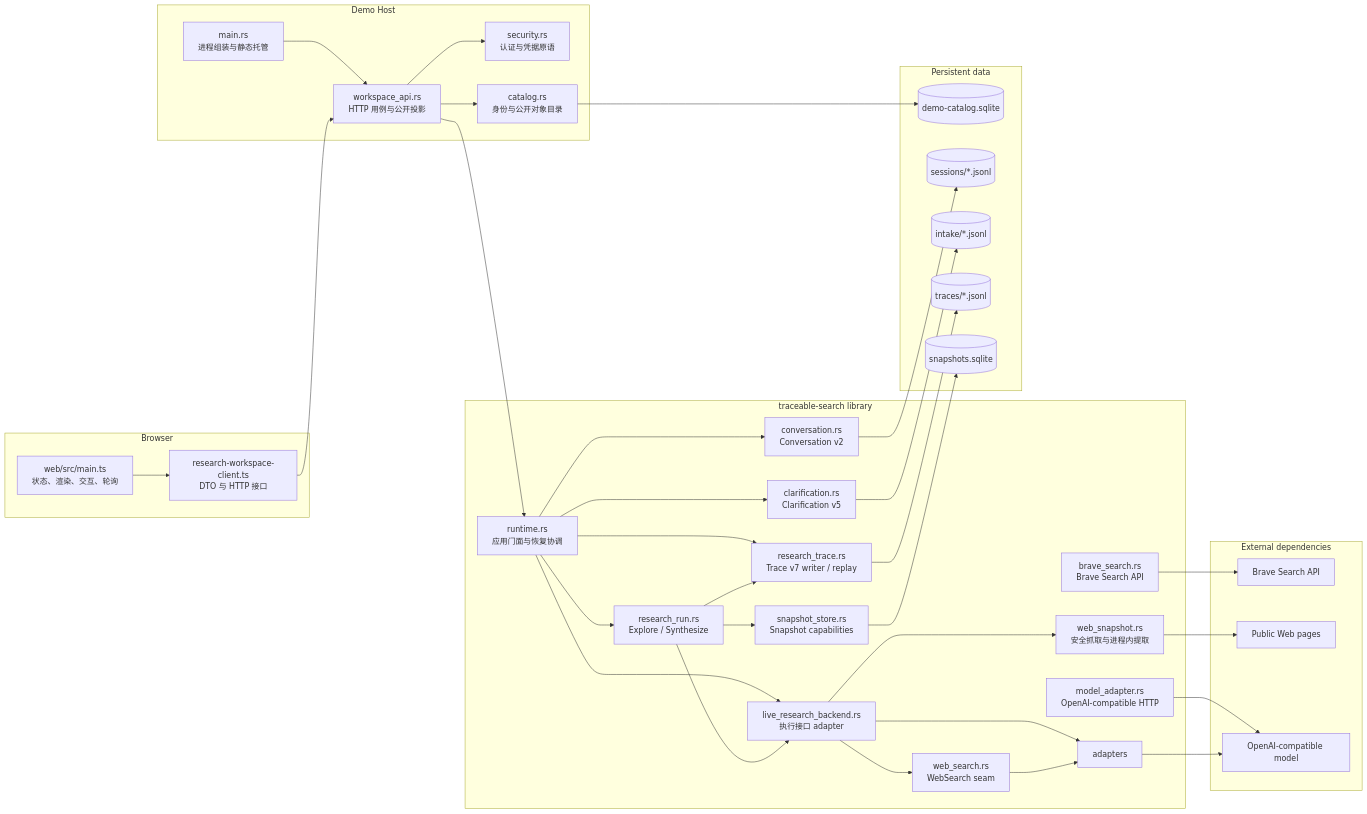
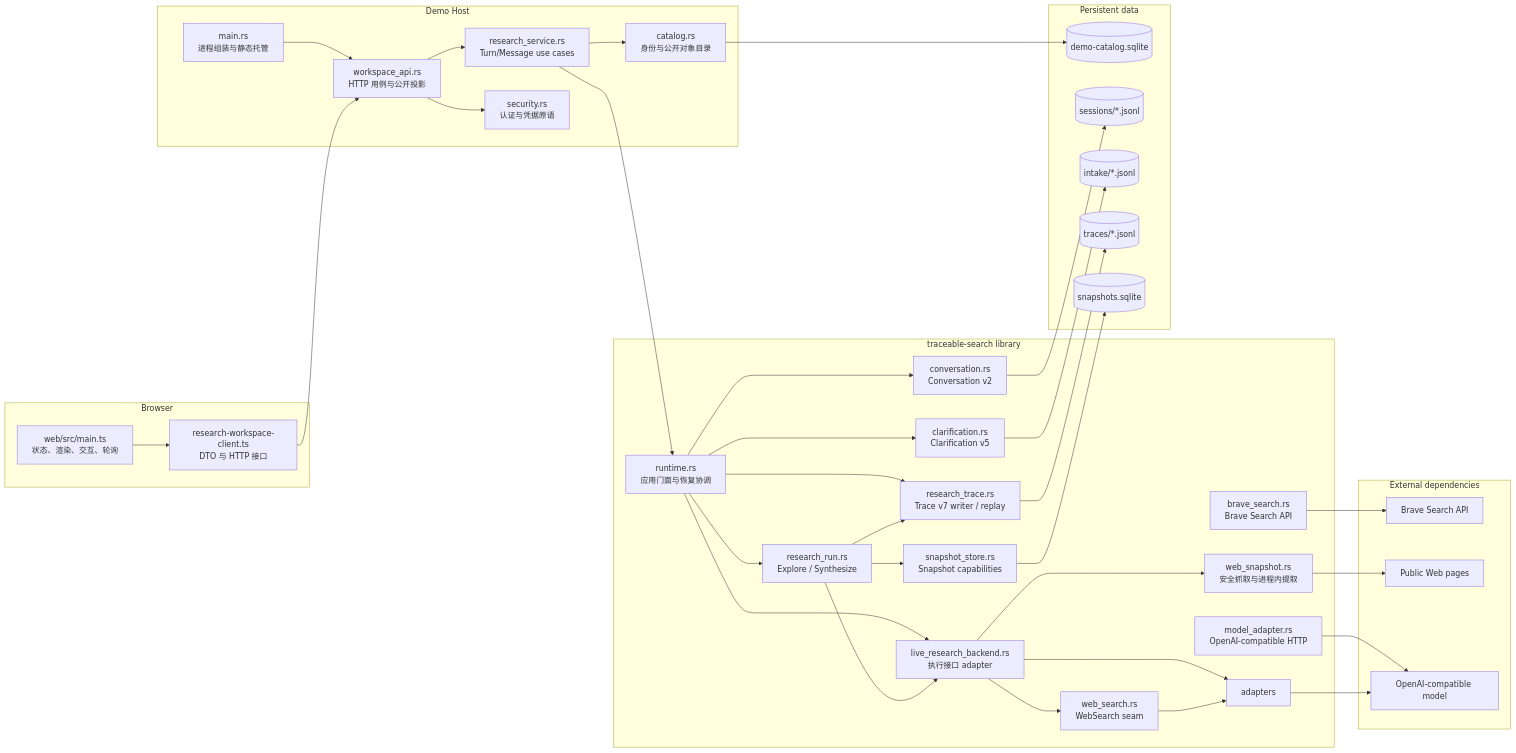
One commit to SuperCatQR/traceable-research-runtime changed the first of 4 diagrams in docs/web-search-architecture.md. Above: the diagram before and after it, drawn with Mermaid. The commit also changed other lines of this file and 12 other files, not shown here.

Commit message:
refactor(host): converge research use cases into ResearchService

````diff
--- a/docs/web-search-architecture.md
+++ b/docs/web-search-architecture.md
@@ -42,71 +46,73 @@
 ```mermaid
 flowchart LR
     subgraph Browser["Browser"]
         ui["web/src/main.ts\n状态、渲染、交互、轮询"]
         client["research-workspace-client.ts\nDTO 与 HTTP 接口"]
         ui --> client
     end
 
     subgraph Host["Demo Host"]
         entry["main.rs\n进程组装与静态托管"]
         http["workspace_api.rs\nHTTP 用例与公开投影"]
+        service["research_service.rs\nTurn/Message use cases"]
         security["security.rs\n认证与凭据原语"]
         catalog["catalog.rs\n身份与公开对象目录"]
         entry --> http
         http --> security
-        http --> catalog
+        http --> service
+        service --> catalog
     end
 
     subgraph Core["traceable-search library"]
         runtime["runtime.rs\n应用门面与恢复协调"]
         conversation["conversation.rs\nConversation v2"]
         clarification["clarification.rs\nClarification v5"]
         run["research_run.rs\nExplore / Synthesize"]
         trace["research_trace.rs\nTrace v7 writer / replay"]
         snapshot["snapshot_store.rs\nSnapshot capabilities"]
         backend["live_research_backend.rs\n执行接口 adapter"]
         search["web_search.rs\nWebSearch seam"]
         websnapshot["web_snapshot.rs\n安全抓取与进程内提取"]
         brave["brave_search.rs\nBrave Search API"]
         model_adapter["model_adapter.rs\nOpenAI-compatible HTTP"]
 
         runtime --> conversation
         runtime --> clarification
         runtime --> run
         runtime --> trace
         runtime --> backend
         run --> trace
         run --> snapshot
         run --> backend
         backend --> search
         backend --> websnapshot
         backend --> adapters
         search --> adapters
     end
 
     subgraph External["External dependencies"]
         brave_api["Brave Search API"]
         page["Public Web pages"]
         model["OpenAI-compatible model"]
     end
 
     subgraph Data["Persistent data"]
         catalogdb[("demo-catalog.sqlite")]
         sessionlog[("sessions/*.jsonl")]
         intakelog[("intake/*.jsonl")]
         tracelog[("traces/*.jsonl")]
         snapshotdb[("snapshots.sqlite")]
     end
 
     client --> http
-    http --> runtime
+    service --> runtime
     catalog --> catalogdb
     conversation --> sessionlog
     clarification --> intakelog
     trace --> tracelog
     snapshot --> snapshotdb
     brave --> brave_api
     model_adapter --> model
     websnapshot --> page
     adapters --> model
 ```
````
